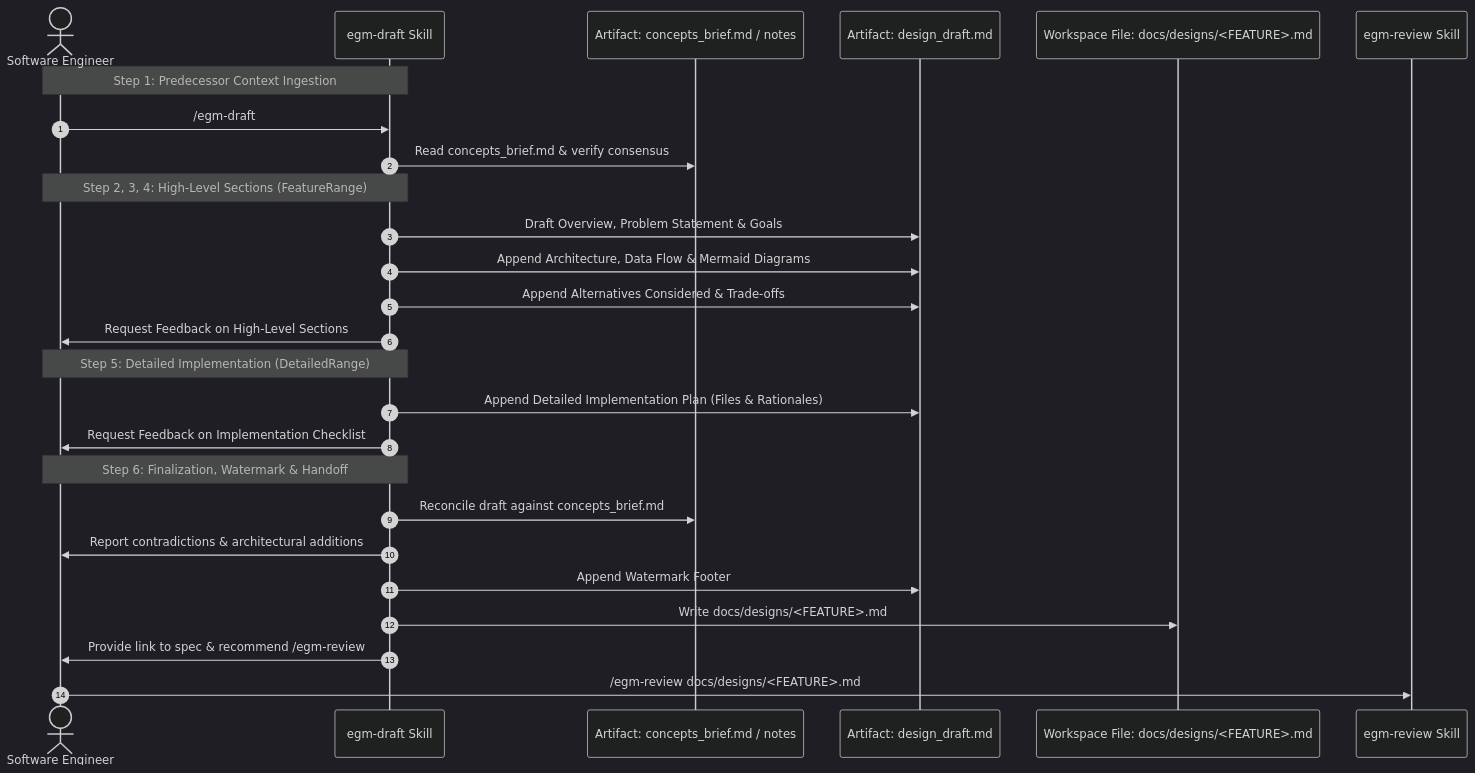
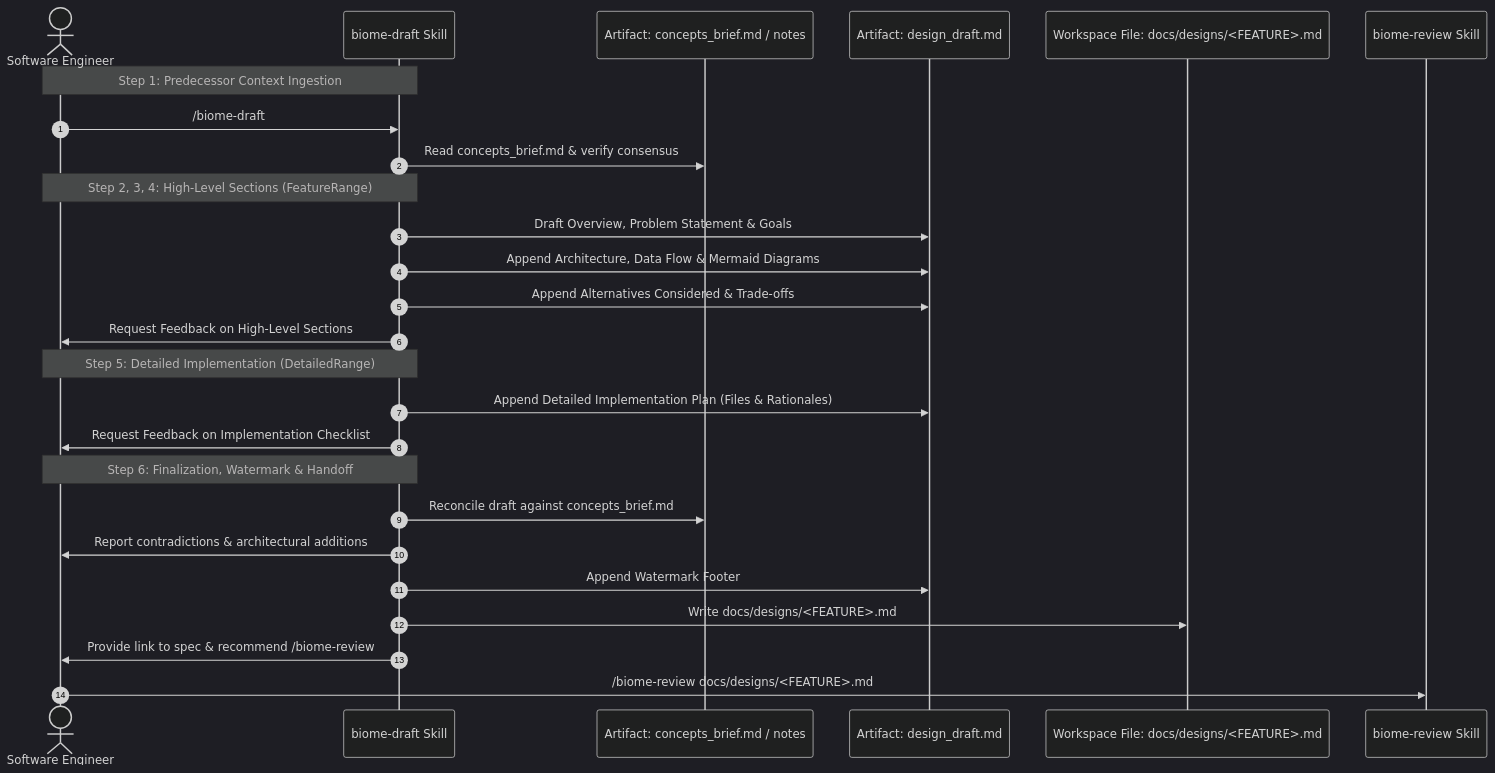
The diagram in docs/designs/draft.md (asteria-core/biome), drawn with Mermaid (dark theme) before and after one commit. The commit also changed other lines of this file and 204 other files, not shown here.

````diff
--- a/docs/designs/draft.md
+++ b/docs/designs/draft.md
@@ -56,32 +56,32 @@
 ```mermaid
 sequenceDiagram
     autonumber
     actor Human as Software Engineer
-    participant Draft as egm-draft Skill
+    participant Draft as biome-draft Skill
     participant Summary as Artifact: concepts_brief.md / notes
     participant DraftArtifact as Artifact: design_draft.md
     participant Workspace as Workspace File: docs/designs/<FEATURE>.md
-    participant Review as egm-review Skill
+    participant Review as biome-review Skill
 
     Note over Human,Draft: Step 1: Predecessor Context Ingestion
-    Human->>Draft: /egm-draft
+    Human->>Draft: /biome-draft
     Draft->>Summary: Read concepts_brief.md & verify consensus
 
     Note over Human,Draft: Step 2, 3, 4: High-Level Sections (FeatureRange)
     Draft->>DraftArtifact: Draft Overview, Problem Statement & Goals
     Draft->>DraftArtifact: Append Architecture, Data Flow & Mermaid Diagrams
     Draft->>DraftArtifact: Append Alternatives Considered & Trade-offs
     Draft->>Human: Request Feedback on High-Level Sections
 
     Note over Human,Draft: Step 5: Detailed Implementation (DetailedRange)
     Draft->>DraftArtifact: Append Detailed Implementation Plan (Files & Rationales)
     Draft->>Human: Request Feedback on Implementation Checklist
 
     Note over Human,Draft: Step 6: Finalization, Watermark & Handoff
     Draft->>Summary: Reconcile draft against concepts_brief.md
     Draft->>Human: Report contradictions & architectural additions
     Draft->>DraftArtifact: Append Watermark Footer
     Draft->>Workspace: Write docs/designs/<FEATURE>.md
-    Draft->>Human: Provide link to spec & recommend /egm-review
-    Human->>Review: /egm-review docs/designs/<FEATURE>.md
+    Draft->>Human: Provide link to spec & recommend /biome-review
+    Human->>Review: /biome-review docs/designs/<FEATURE>.md
 ```
````
